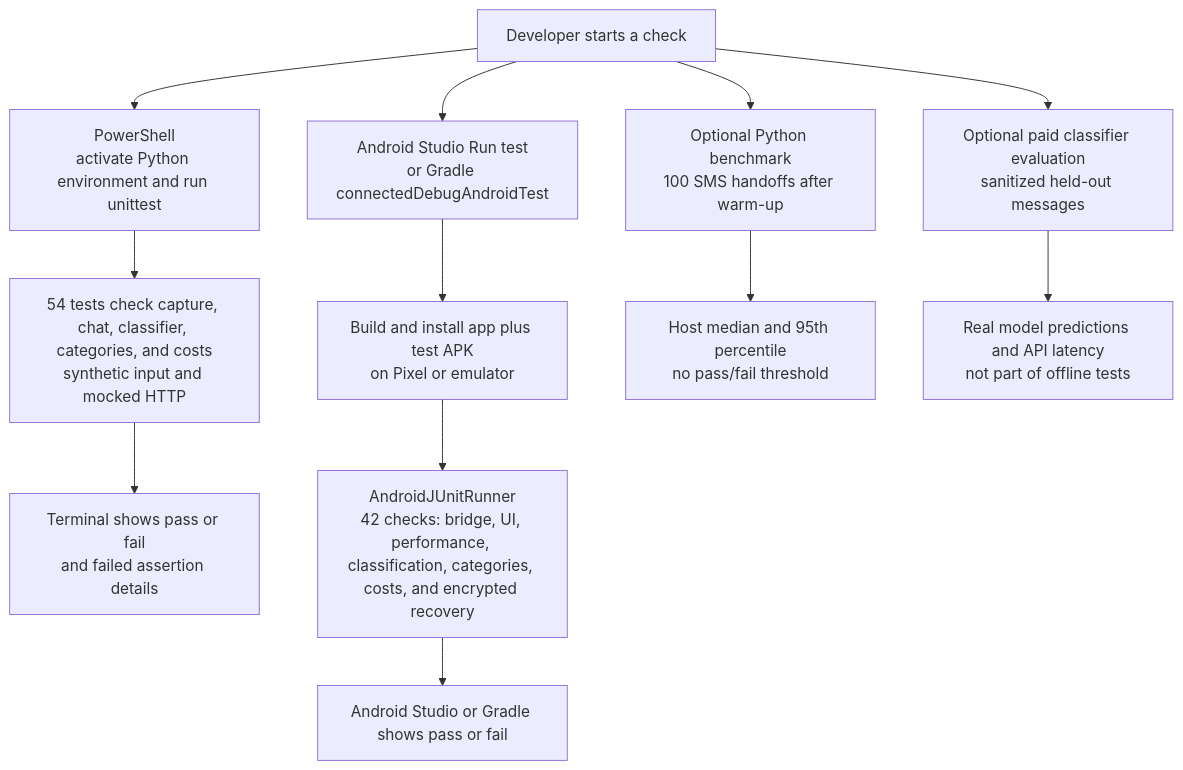
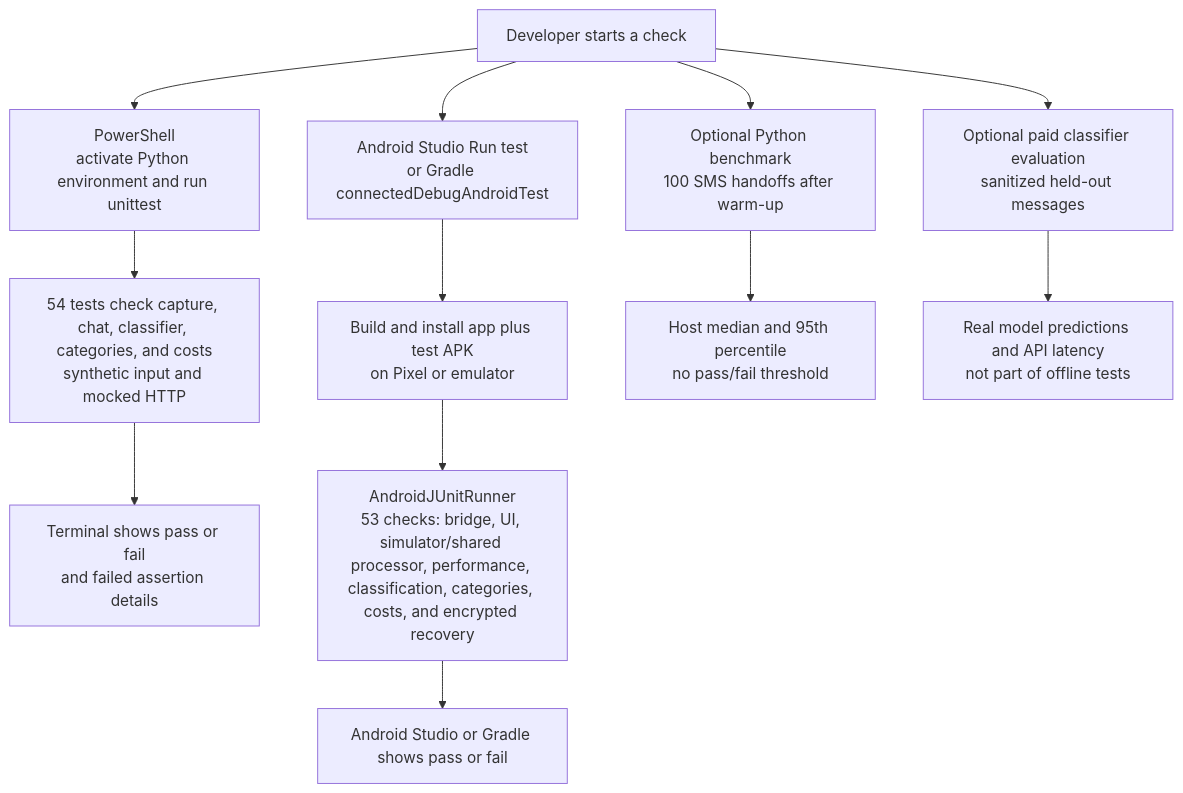
One commit to Abijith97/expense-tracker-with-mcp changed the second of 3 diagrams in README.md. Above: the diagram before and after it, drawn with Mermaid. The commit also changed other lines of this file and 13 other files, not shown here.

````diff
--- a/README.md
+++ b/README.md
@@ -214,17 +234,17 @@
 ```mermaid
 flowchart TB
     Developer[Developer starts a check]
     Developer --> Shell[PowerShell<br/>activate Python environment and run unittest]
     Shell --> UnitTests[54 tests check capture, chat, classifier, categories, and costs<br/>synthetic input and mocked HTTP]
     UnitTests --> Terminal[Terminal shows pass or fail<br/>and failed assertion details]
 
     Developer --> Studio[Android Studio Run test<br/>or Gradle connectedDebugAndroidTest]
     Studio --> Install[Build and install app plus test APK<br/>on Pixel or emulator]
-    Install --> Runner[AndroidJUnitRunner<br/>42 checks: bridge, UI, performance, classification, categories, costs, and encrypted recovery]
+    Install --> Runner[AndroidJUnitRunner<br/>53 checks: bridge, UI, simulator/shared processor, performance, classification, categories, costs, and encrypted recovery]
     Runner --> Results[Android Studio or Gradle shows pass or fail]
 
     Developer --> Benchmark[Optional Python benchmark<br/>100 SMS handoffs after warm-up]
     Benchmark --> Timing[Host median and 95th percentile<br/>no pass/fail threshold]
     Developer --> LiveEval[Optional paid classifier evaluation<br/>sanitized held-out messages]
     LiveEval --> Accuracy[Real model predictions and API latency<br/>not part of offline tests]
 ```
````
